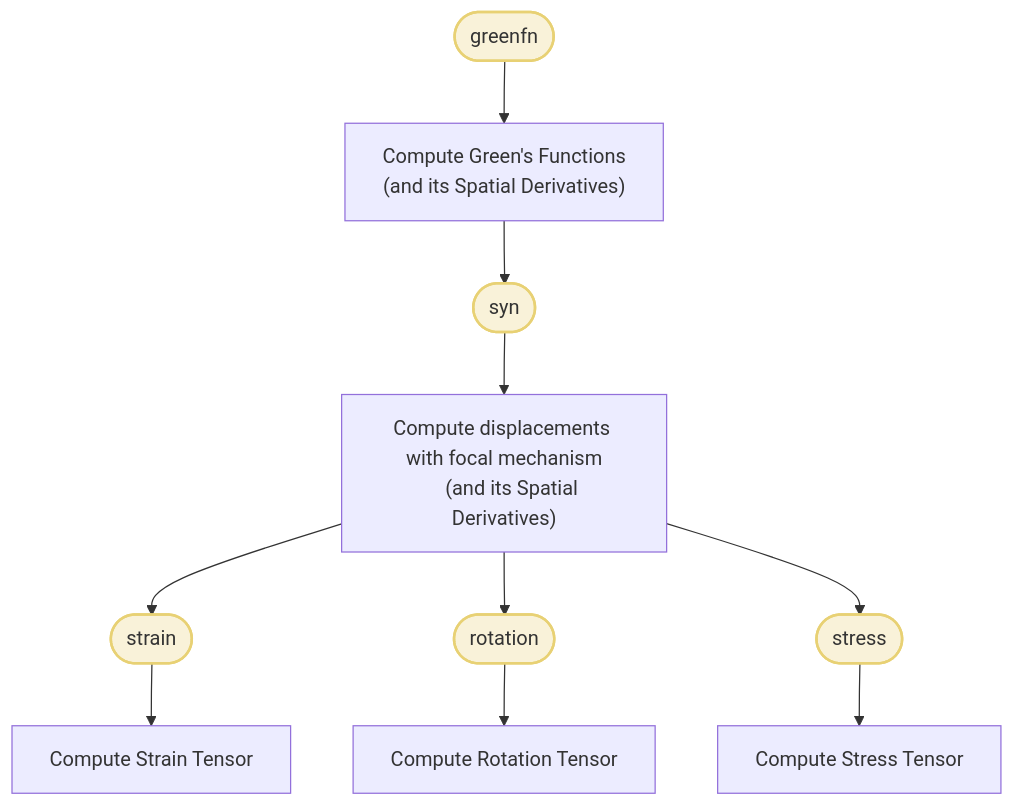
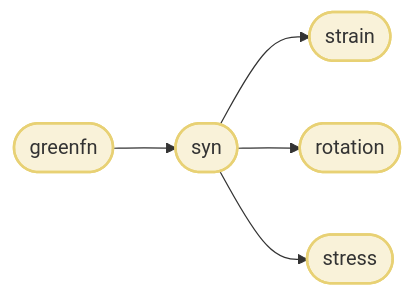
Before and after one commit to Dengda98/PyGRT: the first of 3 diagrams in docs/source/Module/index.rst, drawn with Mermaid. The commit also changed other lines of this file and 19 other files, not shown here.

```diff
--- a/docs/source/Module/index.rst
+++ b/docs/source/Module/index.rst
@@ -14,26 +25,17 @@
-    .. mermaid::
+            .. mermaid::
 
-        flowchart TB 
+                flowchart LR 
 
-            GG(["greenfn"])
-            SS(["syn"])
-            EE(["strain"])
-            RR(["rotation"])
-            TT(["stress"])
+                GG(["greenfn"])
+                SS(["syn"])
+                EE(["strain"])
+                RR(["rotation"])
+                TT(["stress"])
 
-            G["Compute Green's Functions
-            (and its Spatial Derivatives)"]
-            S["Compute displacements with focal mechanism
-            (and its Spatial Derivatives)"]
-            E["Compute Strain Tensor"]
-            R["Compute Rotation Tensor"]
-            T["Compute Stress Tensor"]
-
-            GG --> G
-            G --> SS --> S
-            S --> EE --> E
-            S --> RR --> R
-            S --> TT --> T
-            
-            classDef cmdcls fill:#f9f2d9,stroke:#e8d174,stroke-width:2px,color:#333;
-            class GG,SS,EE,RR,TT cmdcls
+                GG --> SS
+                SS --> EE
+                SS --> RR
+                SS --> TT
+                
+                classDef cmdcls fill:#f9f2d9,stroke:#e8d174,stroke-width:2px,color:#333;
+                class GG,SS,EE,RR,TT cmdcls
```
